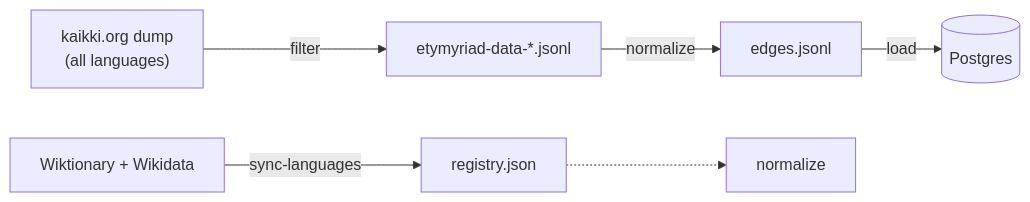
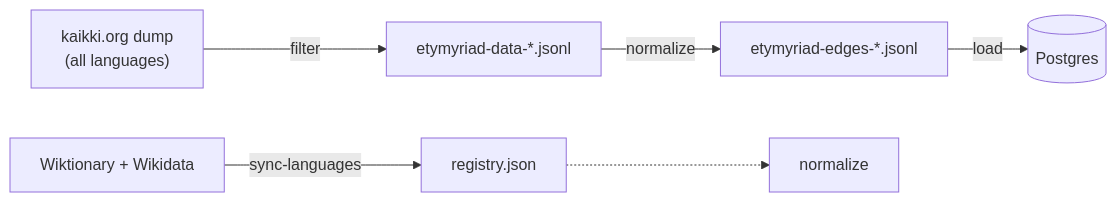
Before and after one commit to van-riper/etymyriad: the third of 3 diagrams in docs/ARCHITECTURE.md, drawn with Mermaid. The commit also changed other lines of this file and 4 other files, not shown here.

````diff
--- a/docs/ARCHITECTURE.md
+++ b/docs/ARCHITECTURE.md
@@ -268,12 +268,12 @@
 ```mermaid
 flowchart LR
     raw["kaikki.org dump<br/>(all languages)"]
     filtered["etymyriad-data-*.jsonl"]
     reg["Wiktionary + Wikidata"]
     registry["registry.json"]
     raw -->|filter| filtered
     reg -->|sync-languages| registry
-    filtered -->|normalize| edges["edges.jsonl"]
+    filtered -->|normalize| edges["etymyriad-edges-*.jsonl"]
     registry -.-> normalize
     edges -->|load| pg[("Postgres")]
 ```
````
